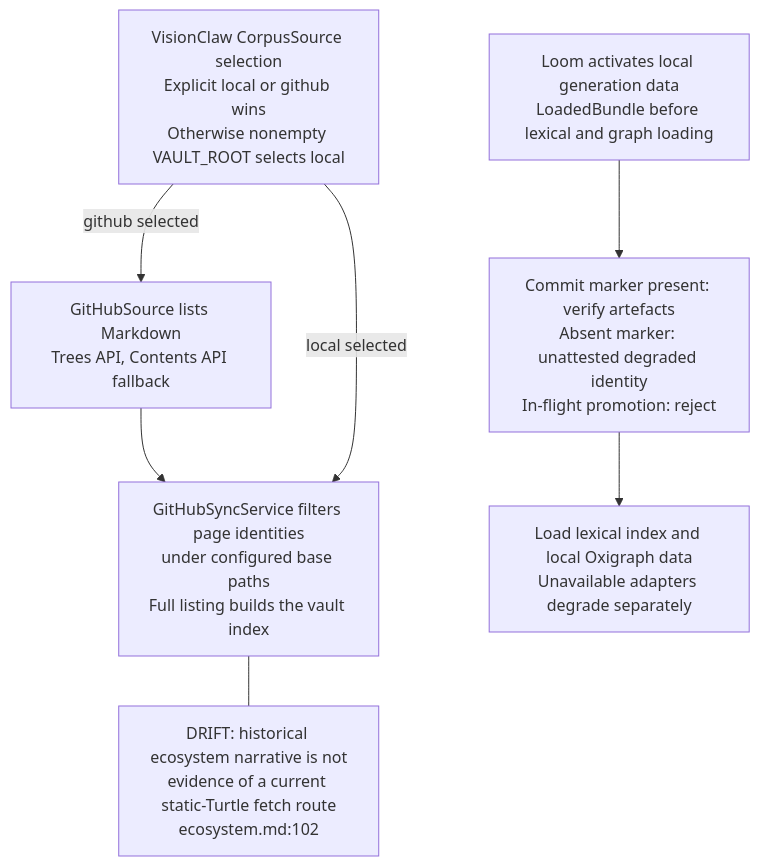
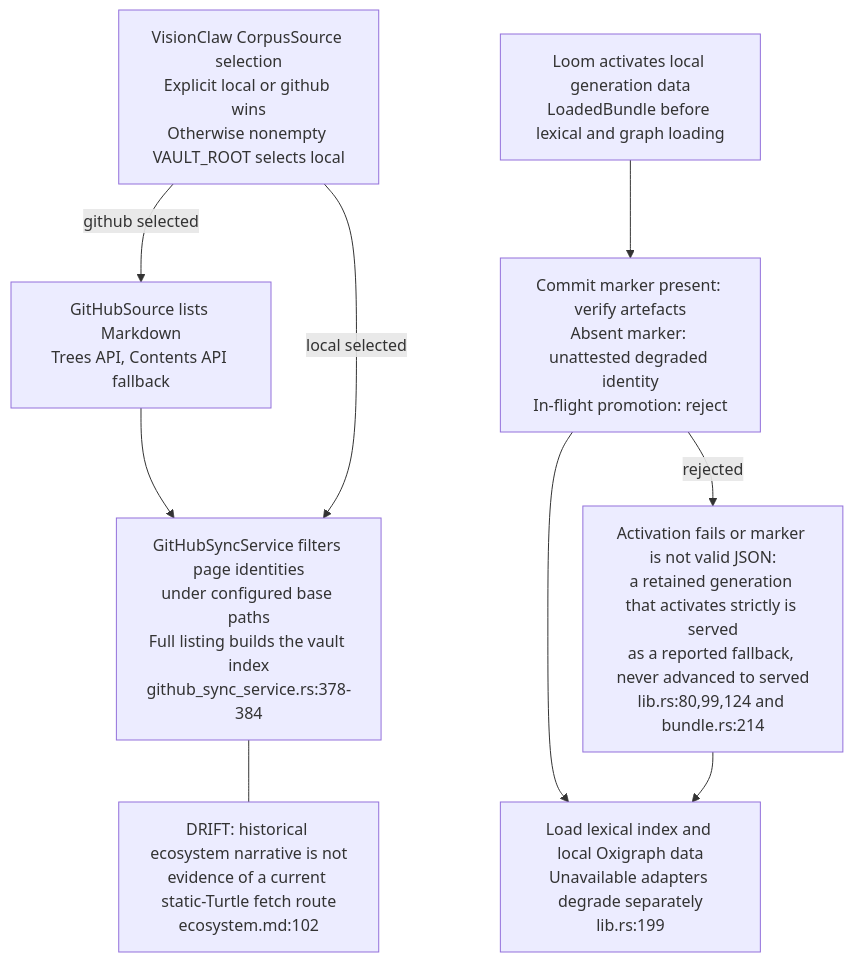
One commit to DreamLab-AI/VisionFlow changed the second of 3 diagrams in docs/diagrams/knowledgegraph/06-consumers-and-integration.md. Above: the diagram before and after it, drawn with Mermaid. The commit also changed other lines of this file and 5 other files, not shown here.

First line of the commit message:
diagrams(small-b): re-verify KG-06, VK-02/03/05, VG-01/04 at pinned heads

````diff
--- a/docs/diagrams/knowledgegraph/06-consumers-and-integration.md
+++ b/docs/diagrams/knowledgegraph/06-consumers-and-integration.md
@@ -59,20 +63,22 @@
 ```mermaid
 flowchart TB
     %% src/services/corpus_source/mod.rs:200
     SELECT["VisionClaw CorpusSource selection<br/>Explicit local or github wins<br/>Otherwise nonempty VAULT_ROOT selects local"]
     %% src/services/corpus_source/github.rs:60
     REMOTE["GitHubSource lists Markdown<br/>Trees API, Contents API fallback"]
-    %% src/services/github_sync_service.rs:391
-    INGEST["GitHubSyncService filters page identities<br/>under configured base paths<br/>Full listing builds the vault index"]
-    %% loom/crates/loom-facade/src/lib.rs:72
+    %% src/services/github_sync_service.rs:352
+    INGEST["GitHubSyncService filters page identities<br/>under configured base paths<br/>Full listing builds the vault index<br/>github_sync_service.rs:378-384"]
+    %% loom/crates/loom-facade/src/lib.rs:164
     BUNDLE["Loom activates local generation data<br/>LoadedBundle before lexical and graph loading"]
-    %% loom/crates/loom-facade/src/bundle.rs:117
+    %% loom/crates/loom-facade/src/bundle.rs:125
     VERIFY["Commit marker present: verify artefacts<br/>Absent marker: unattested degraded identity<br/>In-flight promotion: reject"]
-    %% loom/crates/loom-facade/src/lib.rs:84
-    LOAD["Load lexical index and local Oxigraph data<br/>Unavailable adapters degrade separately"]
+    %% loom/crates/loom-facade/src/lib.rs:176
+    LOAD["Load lexical index and local Oxigraph data<br/>Unavailable adapters degrade separately<br/>lib.rs:199"]
+    FALL["Activation fails or marker is not valid JSON:<br/>a retained generation that activates strictly is served<br/>as a reported fallback, never advanced to served<br/>lib.rs:80,99,124 and bundle.rs:214"]
     SELECT -->|"github selected"| REMOTE --> INGEST
     SELECT -->|"local selected"| INGEST
     BUNDLE --> VERIFY --> LOAD
+    VERIFY -->|"rejected"| FALL --> LOAD
     NOTE["DRIFT: historical ecosystem narrative is not<br/>evidence of a current static-Turtle fetch route<br/>ecosystem.md:102"]
     INGEST --- NOTE
 ```
````
